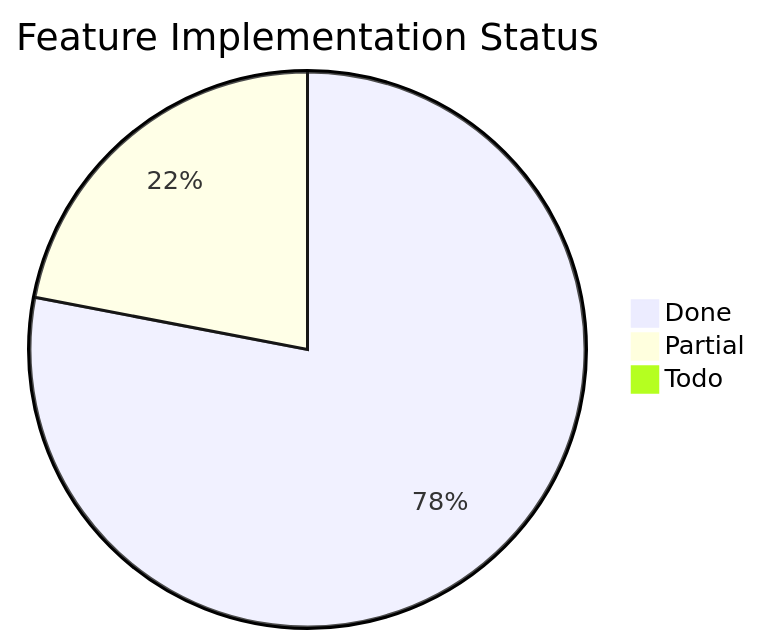
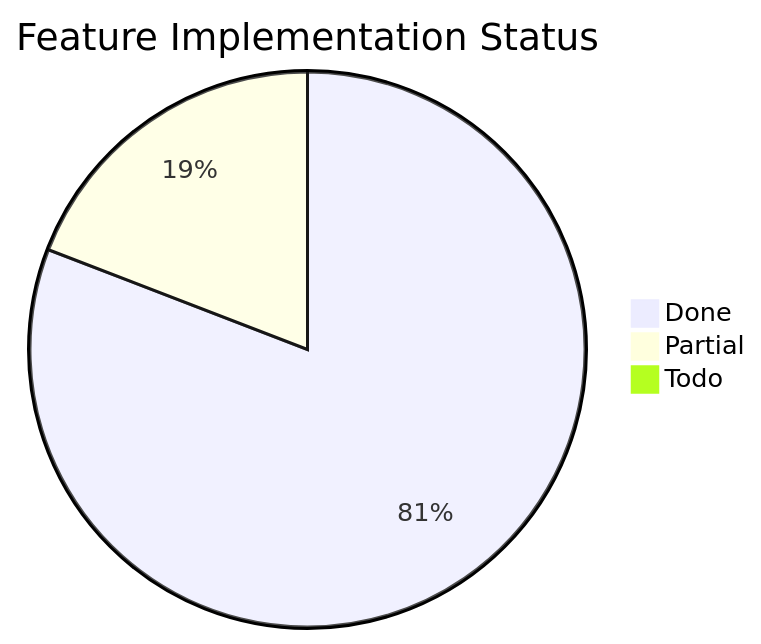
One commit to Papyrine/Morph changed the third of 3 diagrams in docs/word-features.md. Above: the diagram before and after it, drawn with Mermaid. The commit also changed other lines of this file and 11 other files, not shown here.

````diff
--- a/docs/word-features.md
+++ b/docs/word-features.md
@@ -1964,6 +1963,6 @@
 ```mermaid
 pie title Feature Implementation Status
-    "Done" : 110
-    "Partial" : 31
+    "Done" : 114
+    "Partial" : 27
     "Todo" : 0
 ```
````
